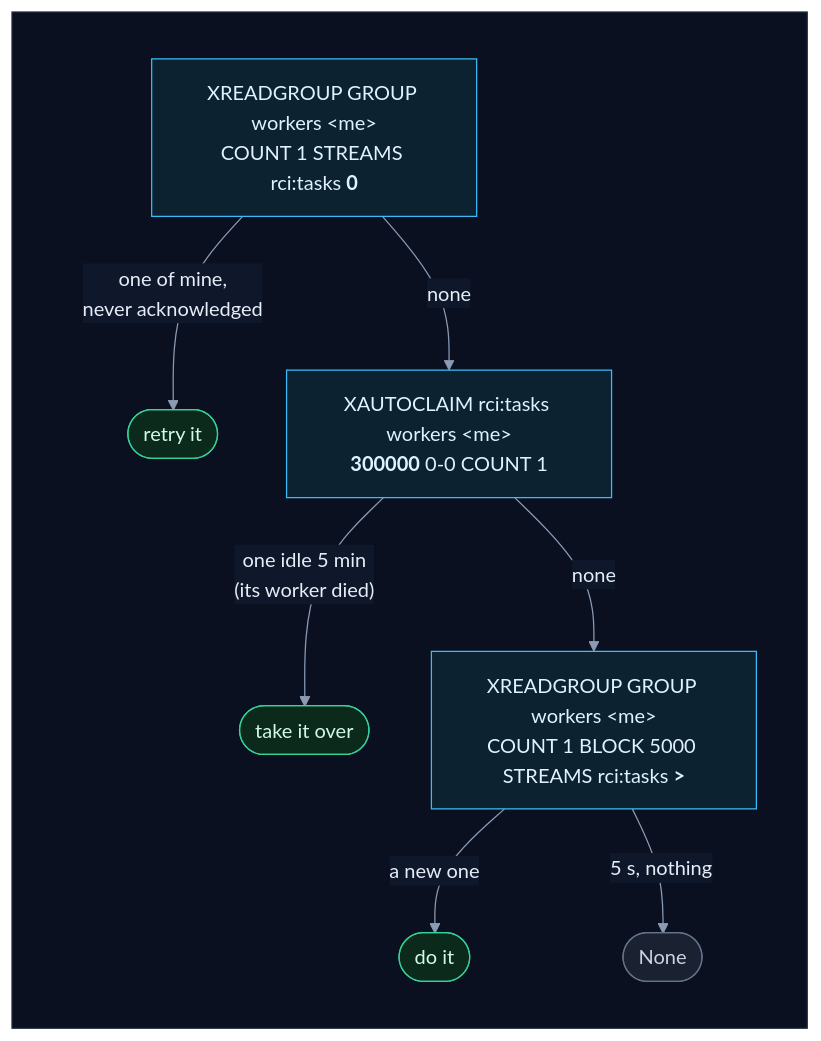
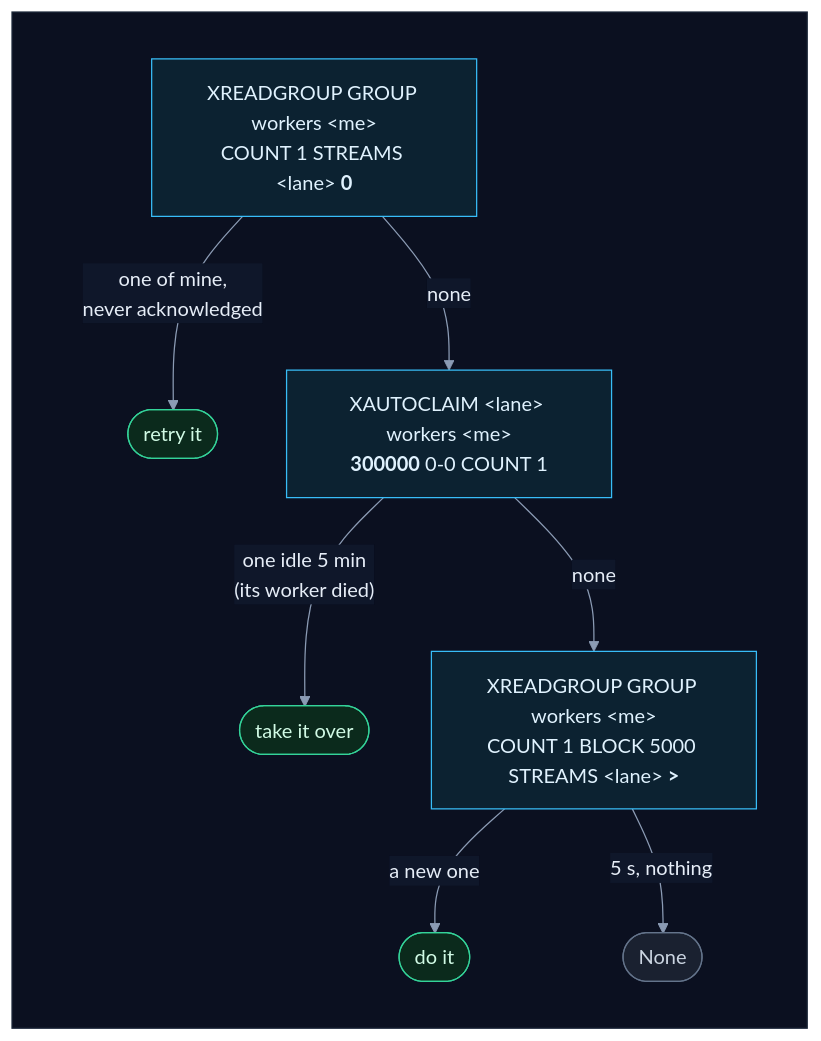
Diagram 31 of 45 in backend/worker/INTERNALS.md (selvakumarperumal/Regulatory_Circular_Impact_Agent), drawn with Mermaid before and after one commit. The commit also changed other lines of this file and 7 other files, not shown here.

````diff
--- a/backend/worker/INTERNALS.md
+++ b/backend/worker/INTERNALS.md
@@ -1704,27 +1756,27 @@
 ```mermaid
 %%{init: {"theme": "base", "flowchart": {"diagramPadding": 0}, "themeVariables": {"darkMode": true, "primaryColor": "#16213a", "primaryTextColor": "#e6edf7", "primaryBorderColor": "#475a7a", "lineColor": "#8b9bb4", "secondaryColor": "#1b2436", "tertiaryColor": "#101a2e", "edgeLabelBackground": "#0f172a", "textColor": "#e2e8f0", "clusterBkg": "#0f1728", "clusterBorder": "#2b3a55", "titleColor": "#c4b5fd", "nodeTextColor": "#e6edf7"}}}%%
 flowchart TD
     subgraph canvas[" "]
         direction TB
-        a["XREADGROUP GROUP workers &lt;me&gt;<br/>COUNT 1 STREAMS rci:tasks <b>0</b>"] -->|"one of mine,<br/>never acknowledged"| r1(["retry it"])
-        a -->|"none"| b["XAUTOCLAIM rci:tasks workers &lt;me&gt;<br/><b>300000</b> 0-0 COUNT 1"]
+        a["XREADGROUP GROUP workers &lt;me&gt;<br/>COUNT 1 STREAMS &lt;lane&gt; <b>0</b>"] -->|"one of mine,<br/>never acknowledged"| r1(["retry it"])
+        a -->|"none"| b["XAUTOCLAIM &lt;lane&gt; workers &lt;me&gt;<br/><b>300000</b> 0-0 COUNT 1"]
         b -->|"one idle 5 min<br/>(its worker died)"| r2(["take it over"])
-        b -->|"none"| c["XREADGROUP GROUP workers &lt;me&gt;<br/>COUNT 1 BLOCK 5000 STREAMS rci:tasks <b>&gt;</b>"]
+        b -->|"none"| c["XREADGROUP GROUP workers &lt;me&gt;<br/>COUNT 1 BLOCK 5000 STREAMS &lt;lane&gt; <b>&gt;</b>"]
         c -->|"a new one"| r3(["do it"])
         c -->|"5 s, nothing"| r4(["None"])
     end
     classDef svc fill:#0e2a2c,stroke:#2dd4bf,color:#ccfbf1
     classDef data fill:#1c1a47,stroke:#818cf8,color:#e0e7ff
     classDef ext fill:#2a1640,stroke:#c084fc,color:#f3e8ff
     classDef gpu fill:#2d1b0c,stroke:#fb923c,color:#ffedd5
     classDef ask fill:#2a2410,stroke:#fbbf24,color:#fef3c7
     classDef ok fill:#0b2a1c,stroke:#34d399,color:#d1fae5
     classDef bad fill:#2e0f17,stroke:#fb7185,color:#ffe4e6
     classDef start fill:#1c2a0e,stroke:#a7ef6f,color:#ecfccb
     classDef muted fill:#1a2130,stroke:#64748b,color:#cbd5e1
     classDef queue fill:#0c2231,stroke:#38bdf8,color:#e0f2fe
     class a,b,c queue
     class r1,r2,r3 ok
     class r4 muted
     style canvas fill:#0b1020,stroke:#1e293b,color:#0b1020
 ```
````
